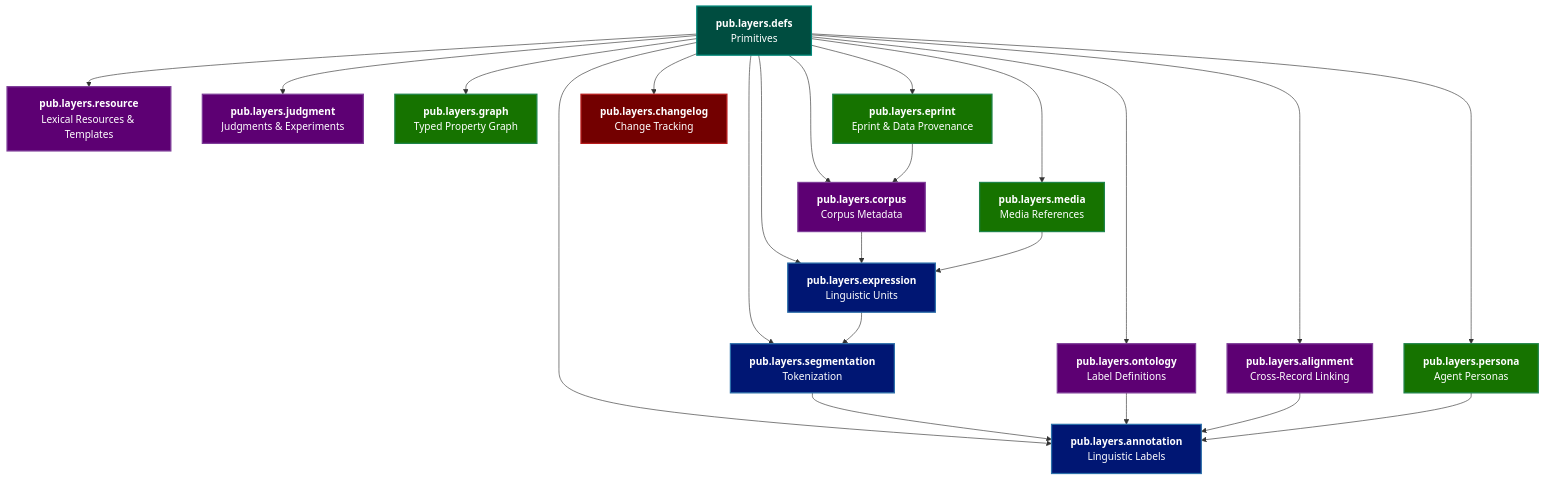
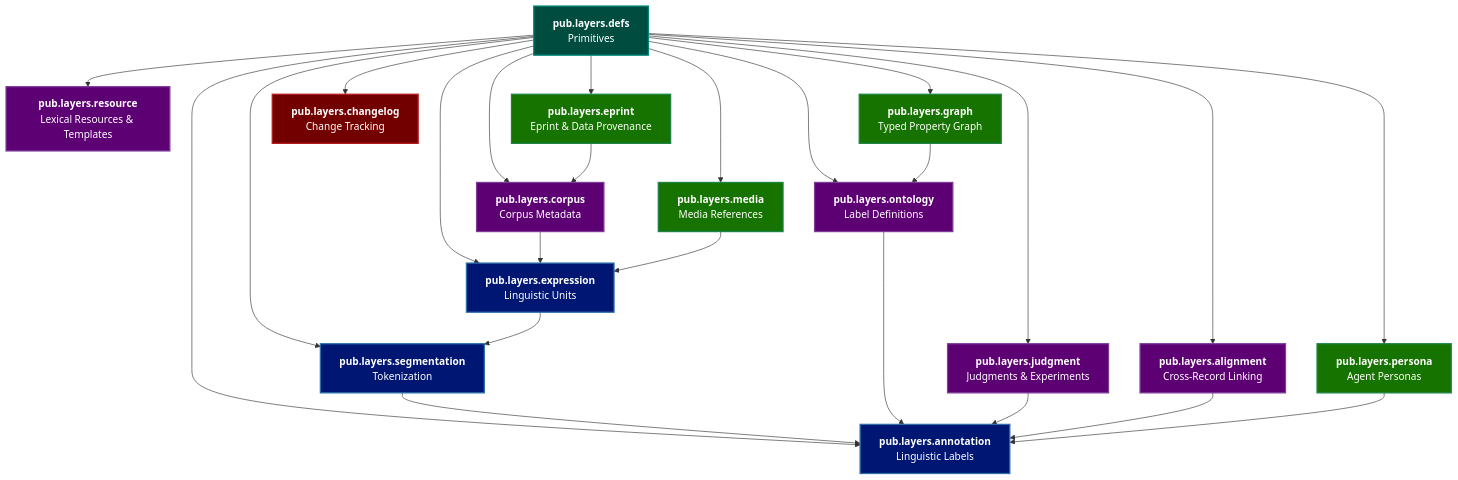
The diagram in docs/docs/foundations/lexicon-overview.md (layers-pub/layers), drawn with Mermaid before and after one commit. The commit also changed other lines of this file and 312 other files, not shown here.

First line of the commit message:
Release lexicon schemas 0.8.0 (#3)

````diff
--- a/docs/docs/foundations/lexicon-overview.md
+++ b/docs/docs/foundations/lexicon-overview.md
@@ -72,60 +72,62 @@
 ```mermaid
 graph TD
     DEFS["<b>pub.layers.defs</b><br/>Primitives"]
 
     EXPR["<b>pub.layers.expression</b><br/>Linguistic Units"]
     SEG["<b>pub.layers.segmentation</b><br/>Tokenization"]
     ANN["<b>pub.layers.annotation</b><br/>Linguistic Labels"]
 
     CORPUS["<b>pub.layers.corpus</b><br/>Corpus Metadata"]
     RESOURCE["<b>pub.layers.resource</b><br/>Lexical Resources & Templates"]
     ONTO["<b>pub.layers.ontology</b><br/>Label Definitions"]
     JUDGE["<b>pub.layers.judgment</b><br/>Judgments & Experiments"]
     ALIGN["<b>pub.layers.alignment</b><br/>Cross-Record Linking"]
 
     GRAPH["<b>pub.layers.graph</b><br/>Typed Property Graph"]
     PERSONA["<b>pub.layers.persona</b><br/>Agent Personas"]
     MEDIA["<b>pub.layers.media</b><br/>Media References"]
     EPRINT["<b>pub.layers.eprint</b><br/>Eprint & Data Provenance"]
 
     CHANGELOG["<b>pub.layers.changelog</b><br/>Change Tracking"]
 
     DEFS --> EXPR
     DEFS --> SEG
     DEFS --> ANN
     DEFS --> CORPUS
     DEFS --> RESOURCE
     DEFS --> ONTO
     DEFS --> JUDGE
     DEFS --> ALIGN
 
     EXPR --> SEG
     SEG --> ANN
 
     ONTO --> ANN
     CORPUS --> EXPR
+    JUDGE --> ANN
     ALIGN --> ANN
 
     DEFS --> GRAPH
     DEFS --> PERSONA
     DEFS --> MEDIA
     DEFS --> EPRINT
 
+    GRAPH --> ONTO
     PERSONA --> ANN
     MEDIA --> EXPR
     EPRINT --> CORPUS
 
     DEFS --> CHANGELOG
 
     classDef pipeline fill:#001673,stroke:#2c6faa,color:#fff,stroke-width:2px
     classDef parallel fill:#5D0073,stroke:#7d3c98,color:#fff,stroke-width:2px
     classDef integration fill:#167300,stroke:#1e8449,color:#fff,stroke-width:2px
     classDef primitives fill:#004D40,stroke:#00897B,color:#fff,stroke-width:2px
     classDef crosscutting fill:#730000,stroke:#b71c1c,color:#fff,stroke-width:2px
 
     class DEFS primitives
     class EXPR,SEG,ANN pipeline
     class CORPUS,RESOURCE,ONTO,JUDGE,ALIGN parallel
     class GRAPH,PERSONA,MEDIA,EPRINT integration
     class CHANGELOG crosscutting
 ```
````
